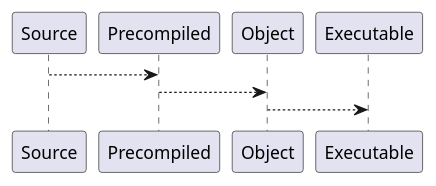
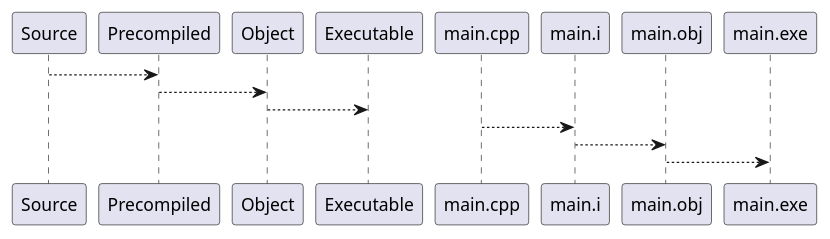
The diagram in book/999/test.md (Obywatelecki/CppTraining), drawn with PlantUML before and after one commit.

```diff
--- a/book/999/test.md
+++ b/book/999/test.md
@@ -4,8 +4,12 @@
 {% plantuml %}
 
 Source --> Precompiled
 Precompiled --> Object
 Object --> Executable
 
+main.cpp --> main.i
+main.i --> main.obj
+main.obj --> main.exe
+
   
 {% endplantuml %}
```
